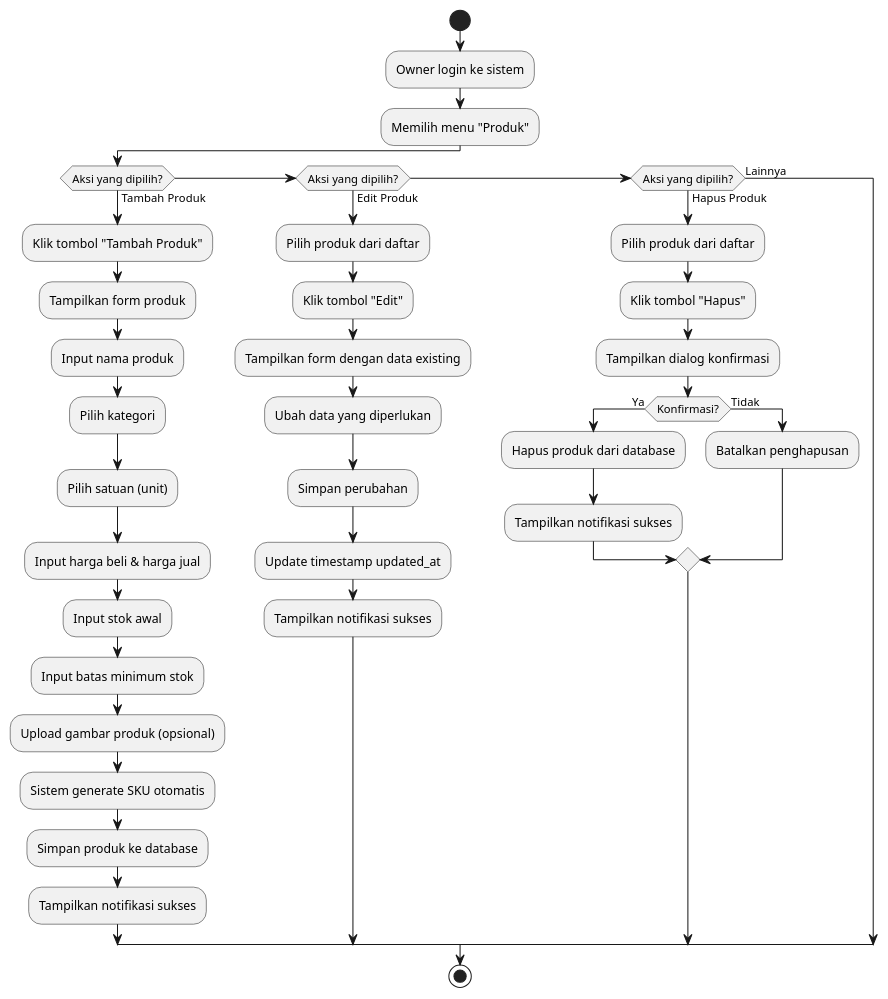
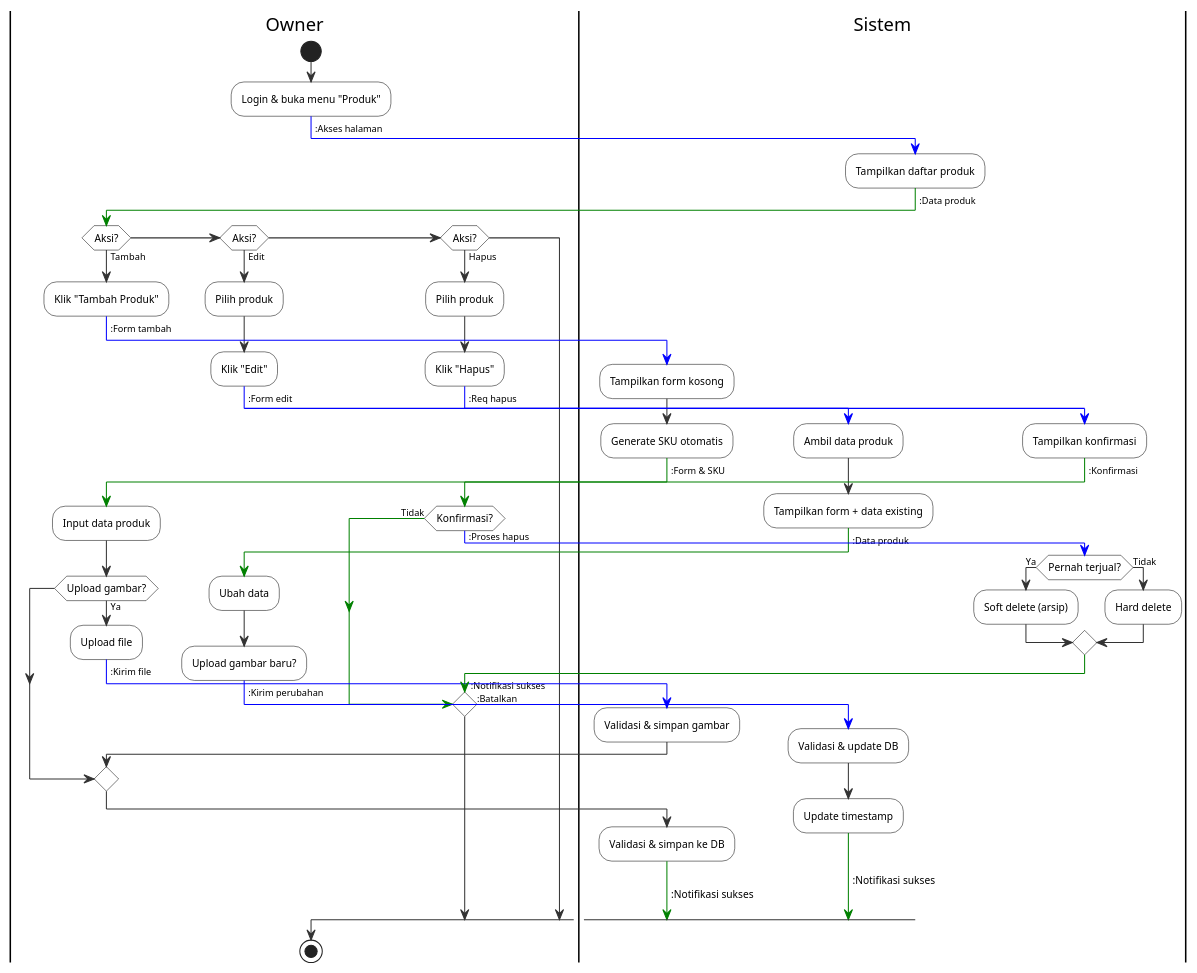
One commit to Raka-coder/laravel-si-pos-atk changed the diagram in docs/diagram/activity diagram/manage_product.puml. Above: the diagram before and after it, drawn with PlantUML. The commit also changed 16 other files, not shown here.

```diff
--- a/docs/diagram/activity diagram/manage_product.puml
+++ b/docs/diagram/activity diagram/manage_product.puml
@@ -1,43 +1,102 @@
 @startuml
+!pragma theme plain
+skinparam activity {
+  BackgroundColor white
+  BorderColor black
+ FontSize 10
+}
+skinparam Arrow {
+  Color #333333
+  FontSize 9
+}
+skinparam rectangle {
+  BackgroundColor white
+  BorderColor #333333
+}
+skinparam DefaultTextAlignment center
+
+|Owner|
 start
-:Owner login ke sistem;
-:Memilih menu "Produk";
+:Login & buka menu "Produk";
+-[#blue]-> :Akses halaman;
 
-if (Aksi yang dipilih?) then (Tambah Produk)
-  :Klik tombol "Tambah Produk";
-  :Tampilkan form produk;
-  :Input nama produk;
-  :Pilih kategori;
-  :Pilih satuan (unit);
-  :Input harga beli & harga jual;
-  :Input stok awal;
-  :Input batas minimum stok;
-  :Upload gambar produk (opsional);
-  :Sistem generate SKU otomatis;
-  :Simpan produk ke database;
-  :Tampilkan notifikasi sukses;
-  
-elseif (Aksi yang dipilih?) then (Edit Produk)
-  :Pilih produk dari daftar;
-  :Klik tombol "Edit";
-  :Tampilkan form dengan data existing;
-  :Ubah data yang diperlukan;
-  :Simpan perubahan;
-  :Update timestamp updated_at;
-  :Tampilkan notifikasi sukses;
-  
-elseif (Aksi yang dipilih?) then (Hapus Produk)
-  :Pilih produk dari daftar;
-  :Klik tombol "Hapus";
-  :Tampilkan dialog konfirmasi;
+|Sistem|
+:Tampilkan daftar produk;
+-[#green]-> :Data produk;
+
+|Owner|
+if (Aksi?) then (Tambah)
+
+  :Klik "Tambah Produk";
+  -[#blue]-> :Form tambah;
+
+  |Sistem|
+  :Tampilkan form kosong;
+  :Generate SKU otomatis;
+  -[#green]-> :Form & SKU;
+
+  |Owner|
+  :Input data produk;
+  if (Upload gambar?) then (Ya)
+    :Upload file;
+    -[#blue]-> :Kirim file;
+    |Sistem|
+    :Validasi & simpan gambar;
+  endif
+
+  |Sistem|
+  :Validasi & simpan ke DB;
+  -[#green]-> :Notifikasi sukses;
+
+elseif (Aksi?) then (Edit)
+
+  |Owner|
+  :Pilih produk;
+  :Klik "Edit";
+  -[#blue]-> :Form edit;
+
+  |Sistem|
+  :Ambil data produk;
+  :Tampilkan form + data existing;
+  -[#green]-> :Data produk;
+
+  |Owner|
+  :Ubah data;
+  :Upload gambar baru?;
+  -[#blue]-> :Kirim perubahan;
+
+  |Sistem|
+  :Validasi & update DB;
+  :Update timestamp;
+  -[#green]-> :Notifikasi sukses;
+
+elseif (Aksi?) then (Hapus)
+
+  |Owner|
+  :Pilih produk;
+  :Klik "Hapus";
+  -[#blue]-> :Req hapus;
+
+  |Sistem|
+  :Tampilkan konfirmasi;
+  -[#green]-> :Konfirmasi;
+
+  |Owner|
   if (Konfirmasi?) then (Ya)
-    :Hapus produk dari database;
-    :Tampilkan notifikasi sukses;
+    -[#blue]-> :Proses hapus;
+    |Sistem|
+    if (Pernah terjual?) then (Ya)
+      :Soft delete (arsip);
+    else (Tidak)
+      :Hard delete;
+    endif
+    -[#green]-> :Notifikasi sukses;
   else (Tidak)
-    :Batalkan penghapusan;
+    |Sistem|
+    -[#green]-> :Batalkan;
   endif
-else (Lainnya)
 endif
 
+|Owner|
 stop
 @enduml
```
